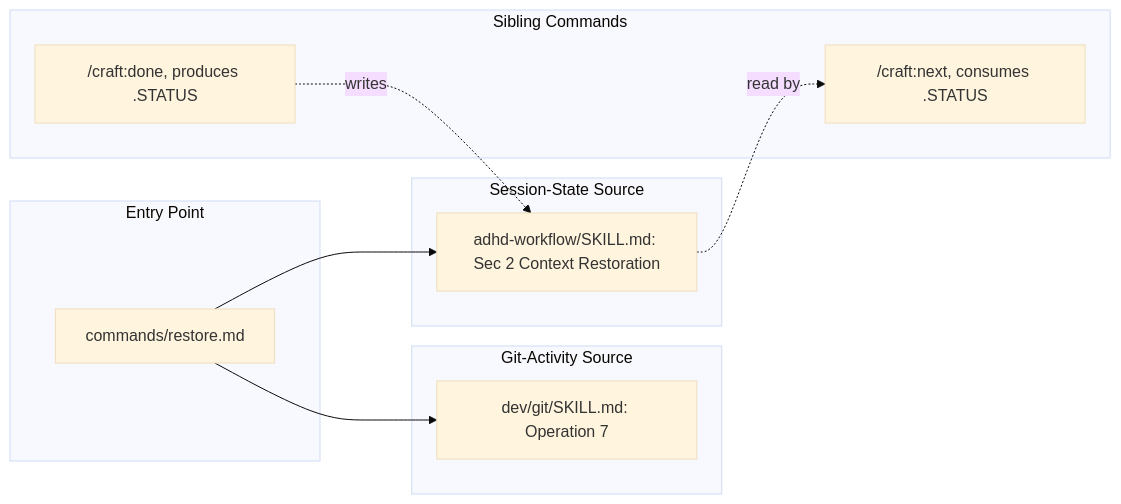
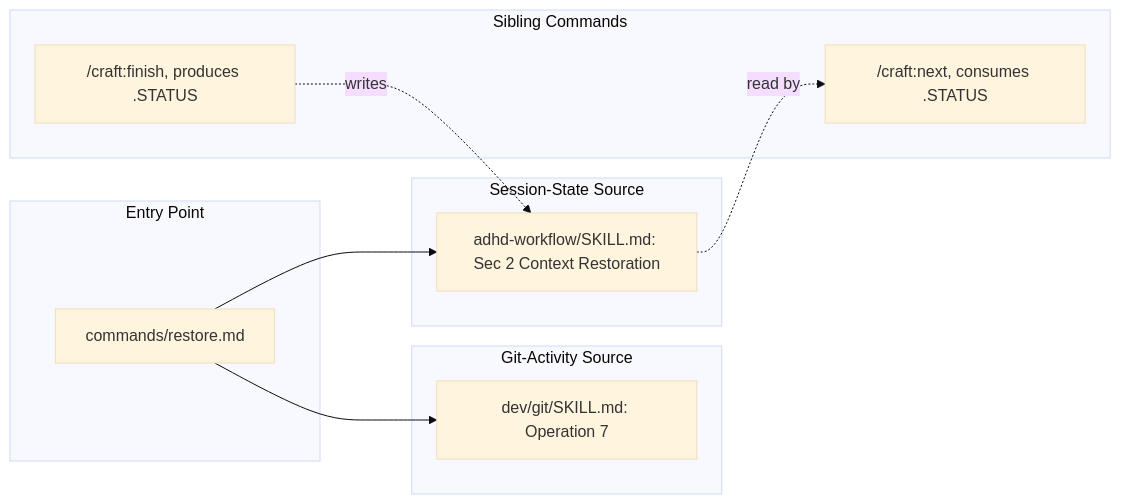
One commit to Data-Wise/craft changed the second of 2 diagrams in docs/architecture/craft-restore-pipeline.md. Above: the diagram before and after it, drawn with Mermaid (base theme). The commit also changed other lines of this file and 17 other files, not shown here.

First line of the commit message:
feat(finish)!: rename /craft:done to /craft:finish (ADR-006)

````diff
--- a/docs/architecture/craft-restore-pipeline.md
+++ b/docs/architecture/craft-restore-pipeline.md
@@ -45,24 +45,24 @@
 ```mermaid
 flowchart LR
     subgraph "Entry Point"
         CMD["commands/restore.md"]
     end
 
     subgraph "Session-State Source"
         ADHD["adhd-workflow/SKILL.md: Sec 2 Context Restoration"]
     end
 
     subgraph "Git-Activity Source"
         GITSKILL["dev/git/SKILL.md: Operation 7"]
     end
 
     subgraph "Sibling Commands"
-        DONE["/craft:done, produces .STATUS"]
+        DONE["/craft:finish, produces .STATUS"]
         NEXT["/craft:next, consumes .STATUS"]
     end
 
     CMD --> ADHD
     CMD --> GITSKILL
     DONE -.->|"writes"| ADHD
     ADHD -.->|"read by"| NEXT
 ```
````
